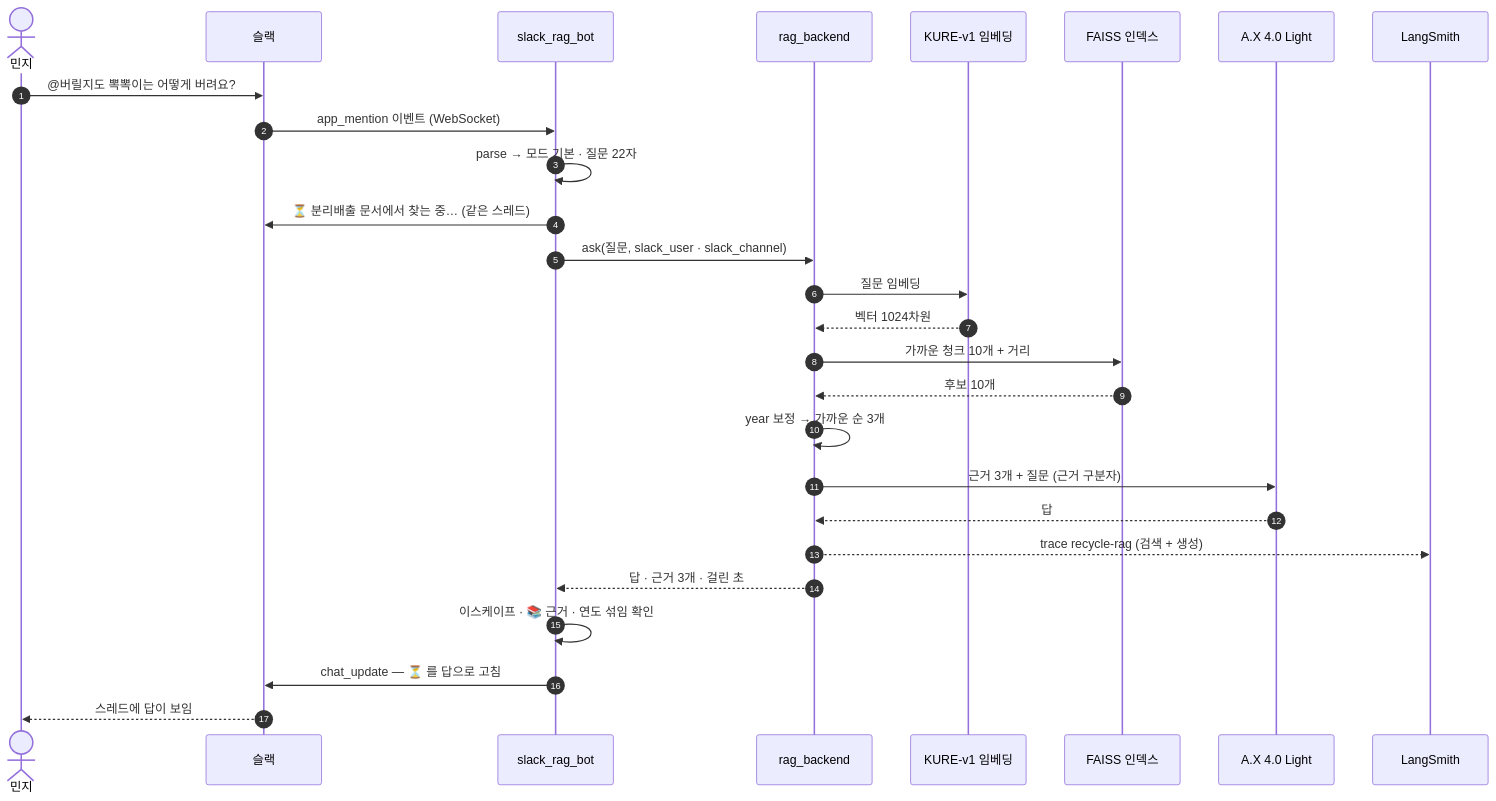
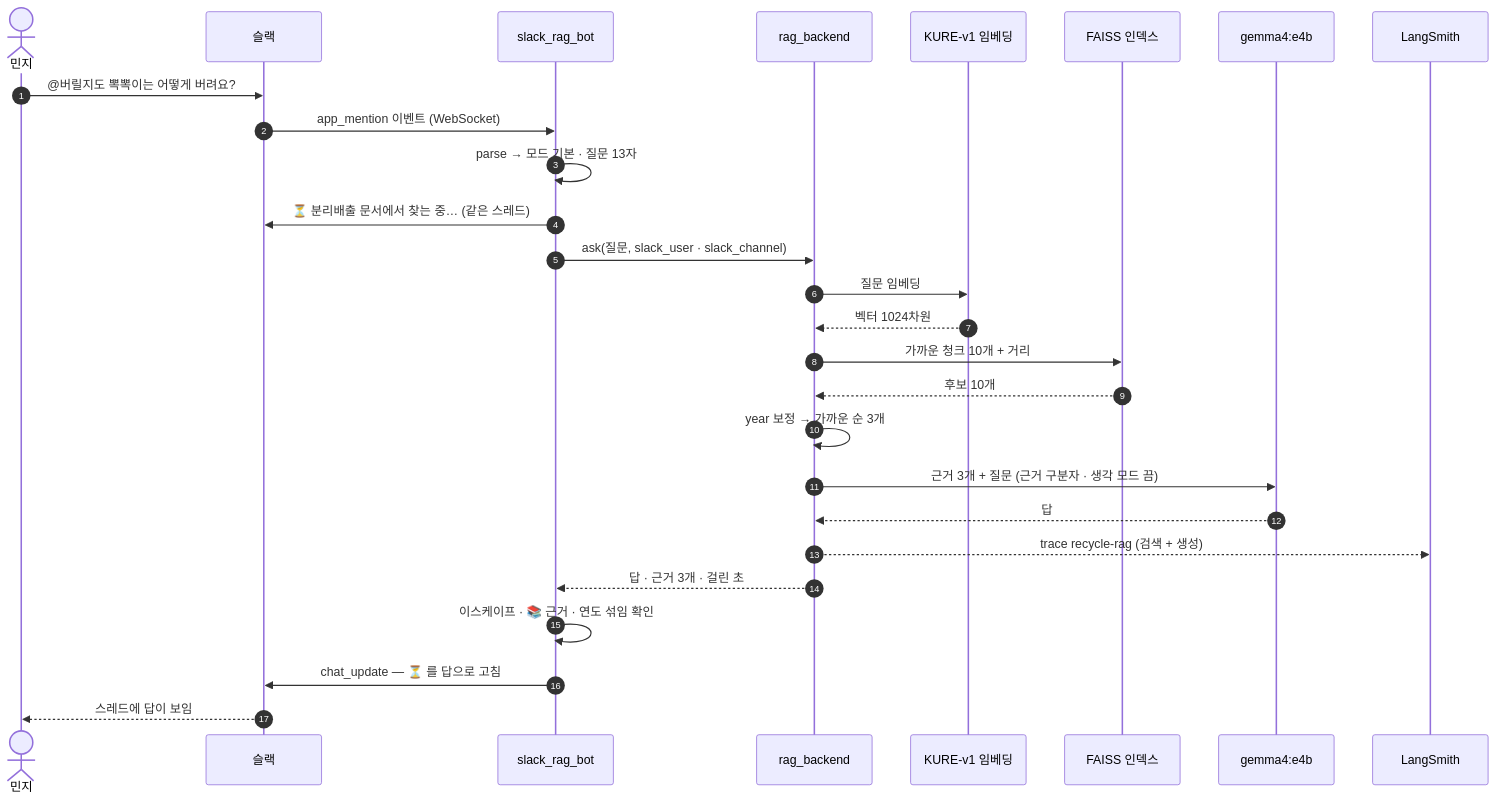
The first of 10 diagrams in docs/scenarios.md (Jinseok2419342/recycle-rag-slack-bot), drawn with Mermaid before and after one commit. The commit also changed other lines of this file and 37 other files, not shown here.

````diff
--- a/docs/scenarios.md
+++ b/docs/scenarios.md
@@ -36,30 +39,30 @@
 ```mermaid
 sequenceDiagram
     autonumber
     actor U as 민지
     participant S as 슬랙
     participant B as slack_rag_bot
     participant R as rag_backend
     participant E as KURE-v1 임베딩
     participant F as FAISS 인덱스
-    participant L as A.X 4.0 Light
+    participant L as gemma4:e4b
     participant T as LangSmith
 
     U->>S: @버릴지도 뽁뽁이는 어떻게 버려요?
     S->>B: app_mention 이벤트 (WebSocket)
-    B->>B: parse → 모드 기본 · 질문 22자
+    B->>B: parse → 모드 기본 · 질문 13자
     B->>S: ⏳ 분리배출 문서에서 찾는 중… (같은 스레드)
     B->>R: ask(질문, slack_user · slack_channel)
     R->>E: 질문 임베딩
     E-->>R: 벡터 1024차원
     R->>F: 가까운 청크 10개 + 거리
     F-->>R: 후보 10개
     R->>R: year 보정 → 가까운 순 3개
-    R->>L: 근거 3개 + 질문 (근거 구분자)
+    R->>L: 근거 3개 + 질문 (근거 구분자 · 생각 모드 끔)
     L-->>R: 답
     R-->>T: trace recycle-rag (검색 + 생성)
     R-->>B: 답 · 근거 3개 · 걸린 초
     B->>B: 이스케이프 · 📚 근거 · 연도 섞임 확인
     B->>S: chat_update — ⏳ 를 답으로 고침
     S-->>U: 스레드에 답이 보임
 ```
````
